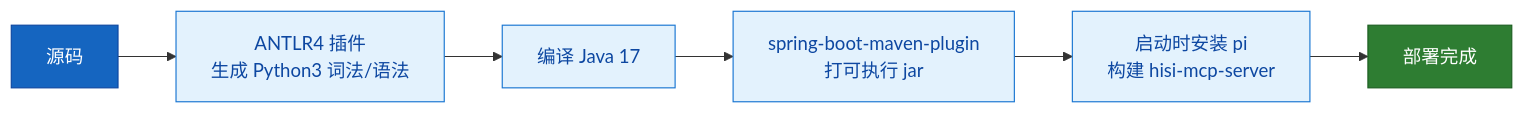
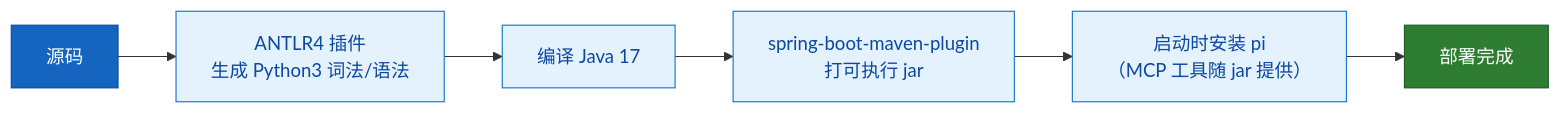
The second of 3 diagrams in hisi-dev-tool/docs/codewiki/07-部署运维/index.md (shenjiangchun/codeKnowledge), drawn with Mermaid before and after one commit. The commit also changed other lines of this file and 27 other files, not shown here.

````diff
--- a/hisi-dev-tool/docs/codewiki/07-部署运维/index.md
+++ b/hisi-dev-tool/docs/codewiki/07-部署运维/index.md
@@ -232,15 +228,15 @@
 ```mermaid
 flowchart LR
     S["源码"]:::entry
     AN["ANTLR4 插件<br/>生成 Python3 词法/语法"]:::process
     CP["编译 Java 17"]:::process
     PK["spring-boot-maven-plugin<br/>打可执行 jar"]:::process
-    RT["启动时安装 pi<br/>构建 hisi-mcp-server"]:::process
+    RT["启动时安装 pi<br/>（MCP 工具随 jar 提供）"]:::process
     D["部署完成"]:::done
 
     S --> AN --> CP --> PK --> RT --> D
 
     classDef entry fill:#1565c0,stroke:#0d47a1,color:#fff
     classDef process fill:#e3f2fd,stroke:#1976d2,color:#0d47a1
     classDef done fill:#2e7d32,stroke:#1b5e20,color:#fff
 ```
````
